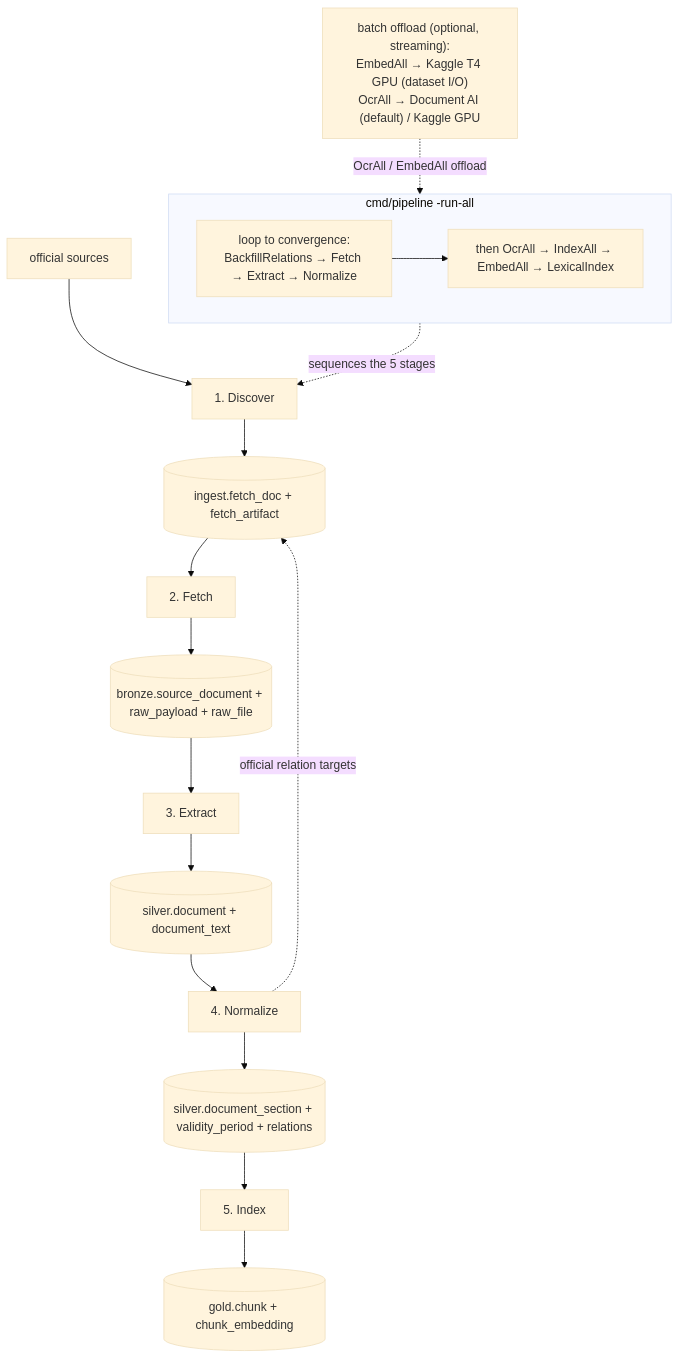
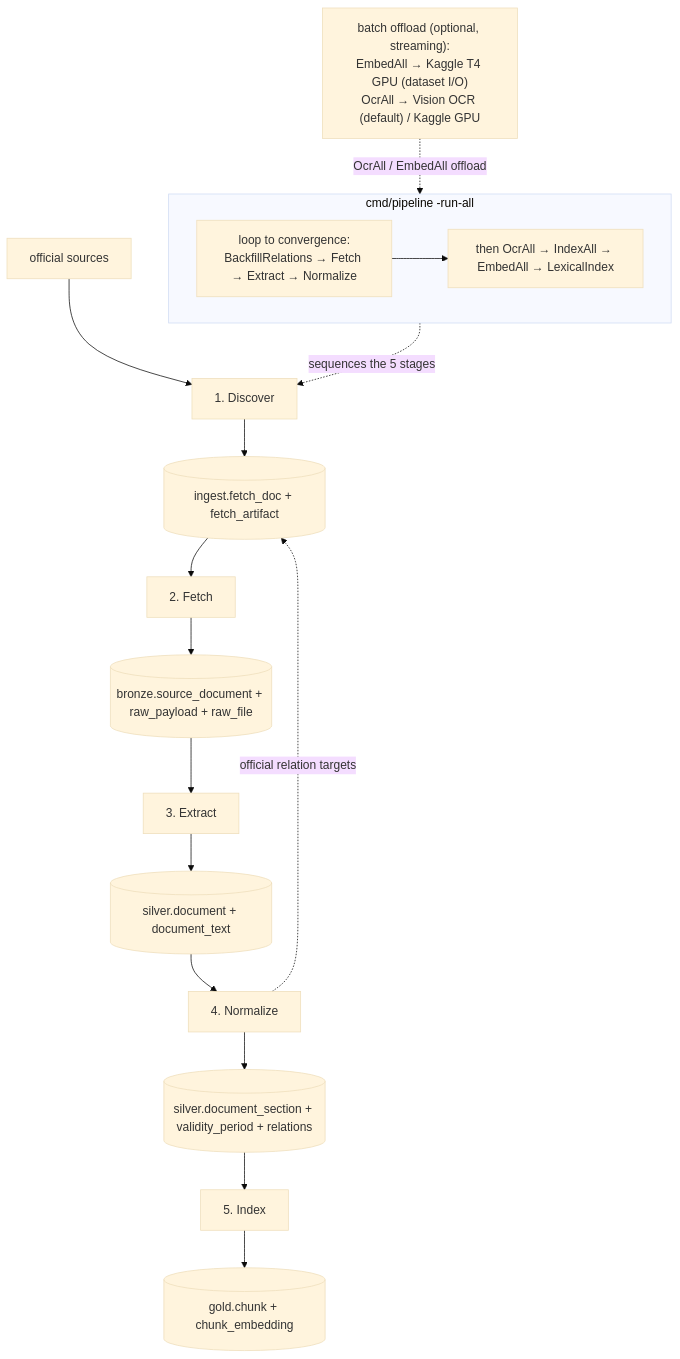
One commit to dannyota/banhmi changed the first of 2 diagrams in docs/design/PIPELINE.md. Above: the diagram before and after it, drawn with Mermaid (base theme). The commit also changed other lines of this file and 4 other files, not shown here.

Commit message:
docs: retire Document AI/GCS references across dev, deploy, architecture, pipeline, RAG docs

````diff
--- a/docs/design/PIPELINE.md
+++ b/docs/design/PIPELINE.md
@@ -41,23 +41,23 @@
 ```mermaid
 flowchart TB
   SRC["official sources"] --> DISCOVER["1. Discover"]
   DISCOVER --> LEDGER[("ingest.fetch_doc + fetch_artifact")]
   LEDGER --> FETCH["2. Fetch"]
   FETCH --> BRONZE[("bronze.source_document + raw_payload + raw_file")]
   BRONZE --> EXTRACT["3. Extract"]
   EXTRACT --> TEXT[("silver.document + document_text")]
   TEXT --> NORMALIZE["4. Normalize"]
   NORMALIZE --> SECTIONS[("silver.document_section + validity_period + relations")]
   NORMALIZE -. "official relation targets" .-> LEDGER
   SECTIONS --> INDEX["5. Index"]
   INDEX --> GOLD[("gold.chunk + chunk_embedding")]
 
   subgraph RUNALL["cmd/pipeline -run-all"]
     direction LR
     LOOP["loop to convergence:<br/>BackfillRelations → Fetch → Extract → Normalize"]
     TAIL["then OcrAll → IndexAll → EmbedAll → LexicalIndex"]
     LOOP --> TAIL
   end
   RUNALL -. "sequences the 5 stages" .-> DISCOVER
-  OFFLOAD["batch offload (optional, streaming):<br/>EmbedAll → Kaggle T4 GPU (dataset I/O)<br/>OcrAll → Document AI (default) / Kaggle GPU"] -. "OcrAll / EmbedAll offload" .-> TAIL
+  OFFLOAD["batch offload (optional, streaming):<br/>EmbedAll → Kaggle T4 GPU (dataset I/O)<br/>OcrAll → Vision OCR (default) / Kaggle GPU"] -. "OcrAll / EmbedAll offload" .-> TAIL
 ```
````
